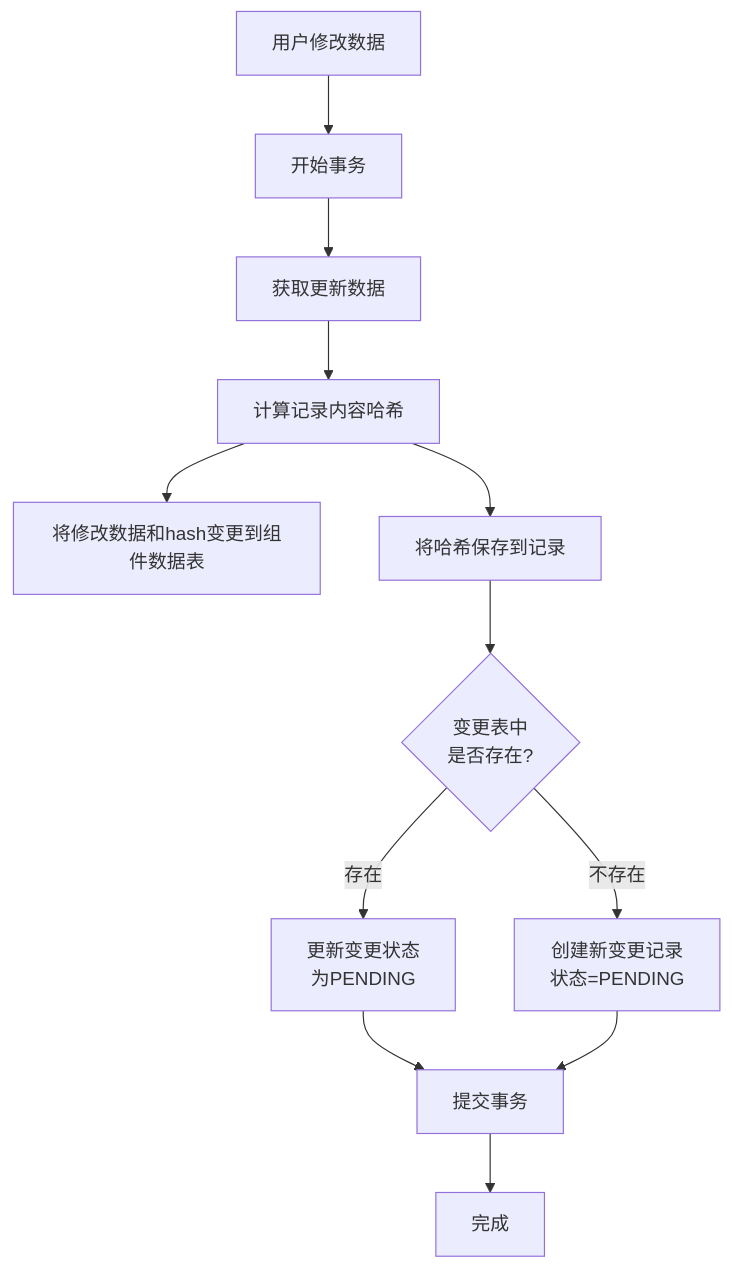
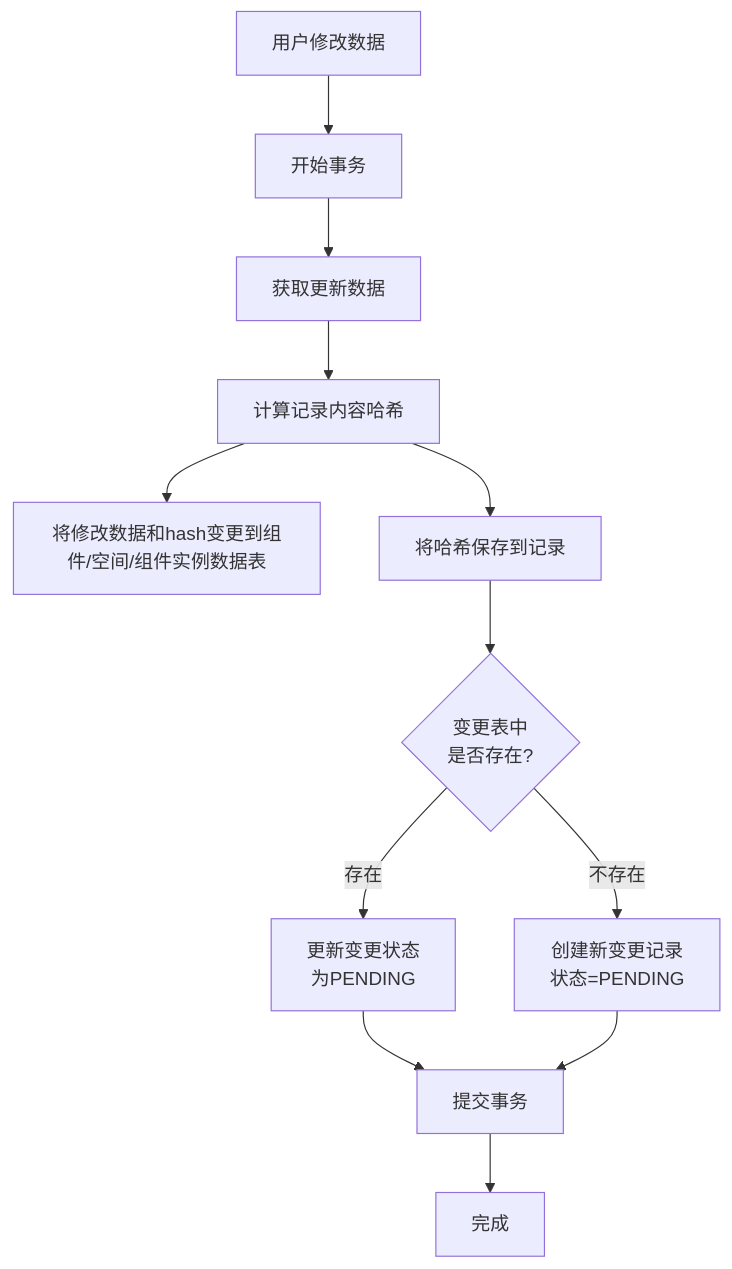
The diagram in all/未命名-42.md (yingjianzh/iodraw-files), drawn with Mermaid before and after one commit.

Commit message:
2025-04-24 15:27:57 update

````diff
--- a/all/未命名-42.md
+++ b/all/未命名-42.md
@@ -1,16 +1,16 @@
 ```mermaid
 flowchart TD
     Start[用户修改数据] --> StartTransaction[开始事务]
     StartTransaction --> UpdateRecord[获取更新数据]
     UpdateRecord --> ComputeHash[计算记录内容哈希]
-    ComputeHash --> C[将修改数据和hash变更到组件数据表]
+    ComputeHash --> C[将修改数据和hash变更到组件/空间/组件实例数据表]
     ComputeHash --> SaveHash[将哈希保存到记录]
     
     SaveHash --> CheckChangeExists{变更表中\n是否存在?}
     CheckChangeExists -- 存在 --> UpdateChange[更新变更状态\n为PENDING]
     CheckChangeExists -- 不存在 --> CreateChange[创建新变更记录\n状态=PENDING]
     
     UpdateChange --> CommitTransaction[提交事务]
     CreateChange --> CommitTransaction
     CommitTransaction --> End[完成]
 ```
````
